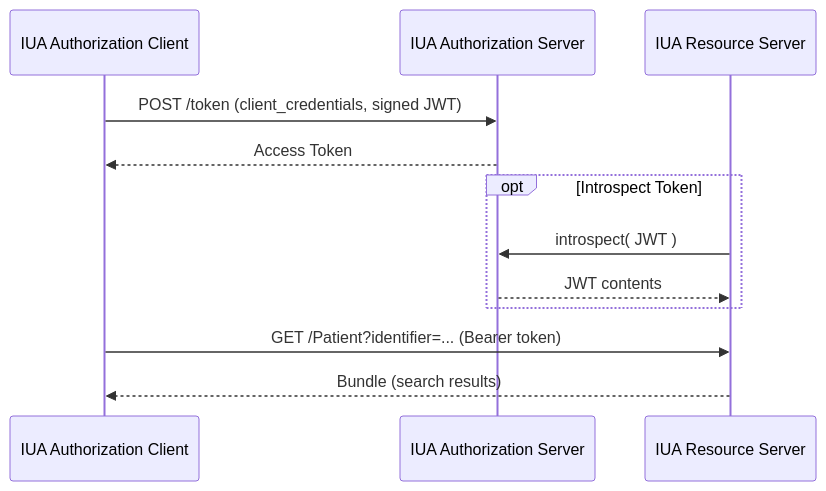
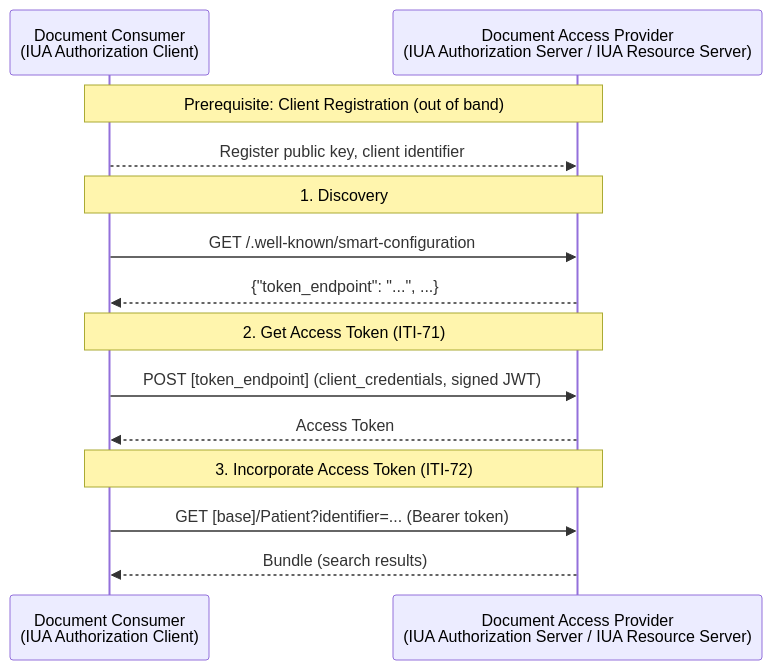
The first of 2 diagrams in input/pagecontent/authorization.md (euridice-org/jwg-api), drawn with Mermaid before and after one commit. The commit also changed other lines of this file and 1 other file, not shown here.

First line of the commit message:
Refactor authorization page for SMART alignment

````diff
--- a/input/pagecontent/authorization.md
+++ b/input/pagecontent/authorization.md
@@ -107,17 +41,20 @@
 ```mermaid
 sequenceDiagram
-    participant Client as IUA Authorization Client
-    participant AuthZ as IUA Authorization Server
-    participant Resource as IUA Resource Server
+    participant Client as Document Consumer<br/>(IUA Authorization Client)
+    participant AP as Document Access Provider<br/>(IUA Authorization Server / IUA Resource Server)
 
-    Client->>AuthZ: POST /token (client_credentials, signed JWT)
-    AuthZ-->>Client: Access Token
+    Note over Client,AP: Prerequisite: Client Registration (out of band)
+    Client-->>AP: Register public key, client identifier
 
-    opt Introspect Token
-        Resource ->> AuthZ: introspect( JWT )
-        AuthZ -->> Resource: JWT contents
-    end
+    Note over Client,AP: 1. Discovery
+    Client->>AP: GET /.well-known/smart-configuration
+    AP-->>Client: {"token_endpoint": "...", ...}
 
-    Client->>Resource: GET /Patient?identifier=... (Bearer token)
-    Resource-->>Client: Bundle (search results)
+    Note over Client,AP: 2. Get Access Token (ITI-71)
+    Client->>AP: POST [token_endpoint] (client_credentials, signed JWT)
+    AP-->>Client: Access Token
+
+    Note over Client,AP: 3. Incorporate Access Token (ITI-72)
+    Client->>AP: GET [base]/Patient?identifier=... (Bearer token)
+    AP-->>Client: Bundle (search results)
 ```
````
